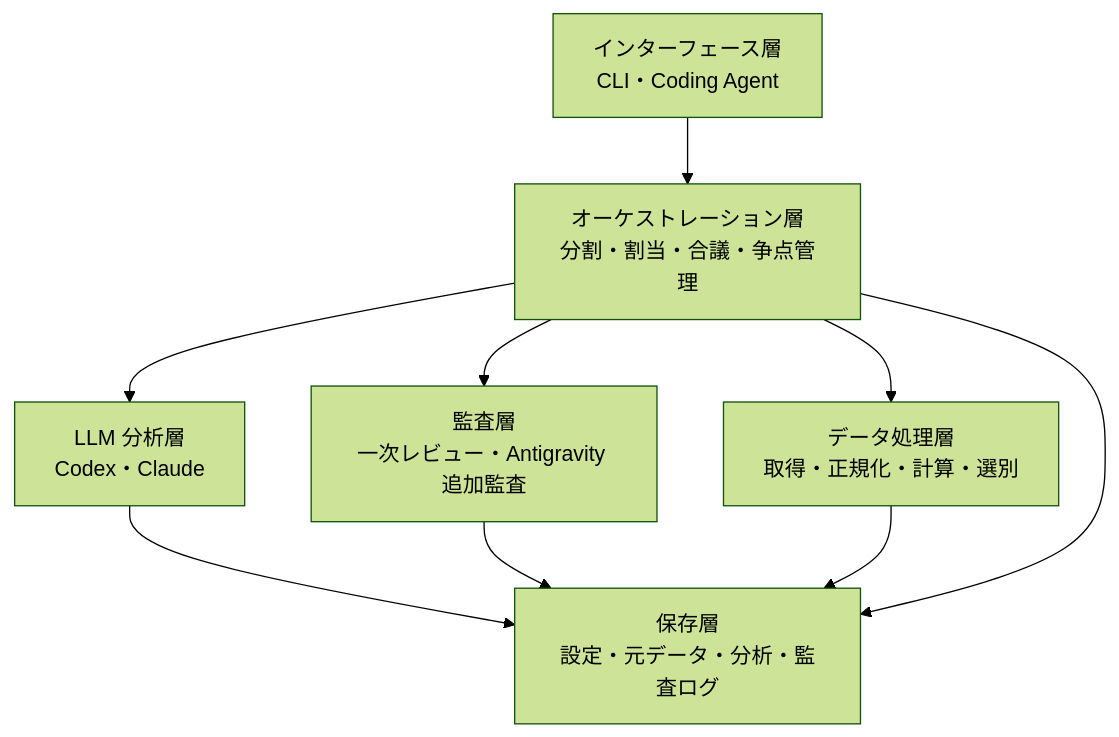
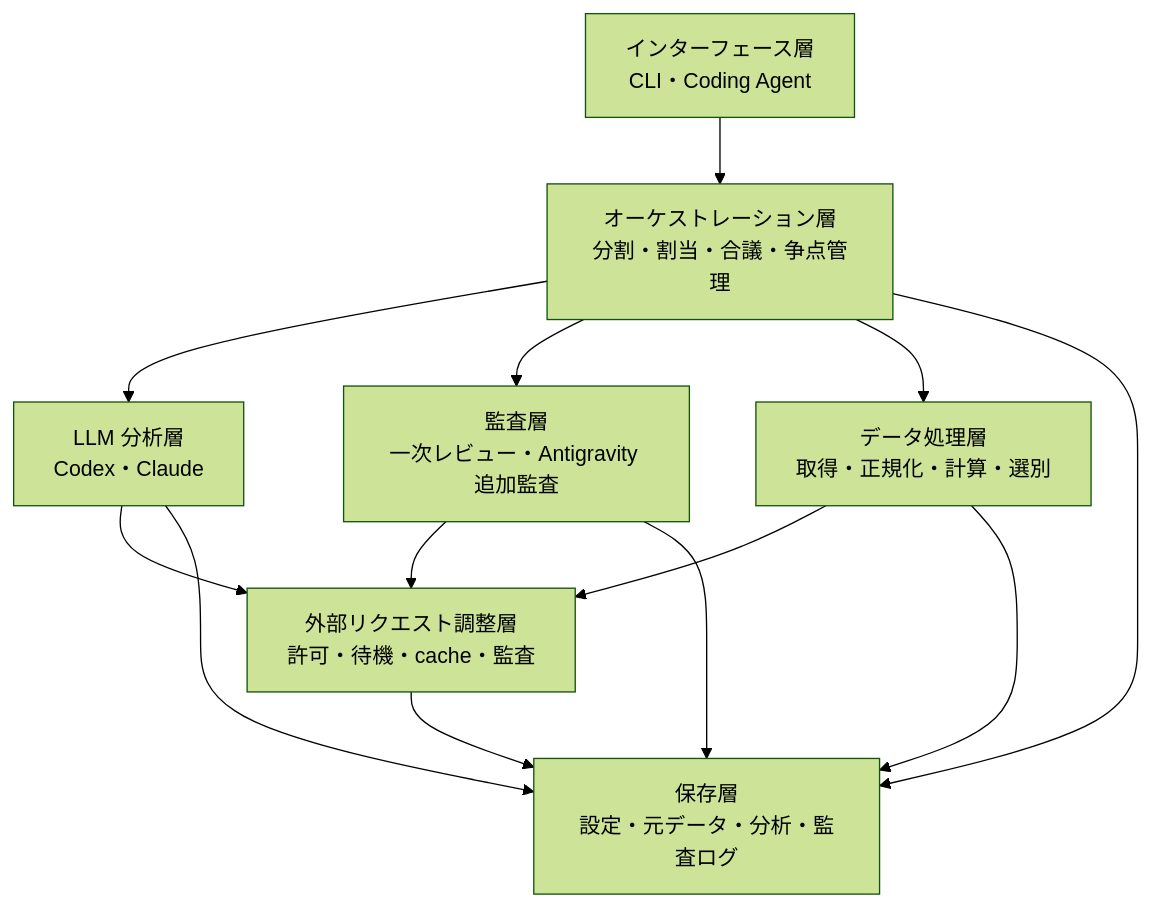
Before and after one commit to toike08D17012/system-trade-with-llm-orchestrator: the fourth of 7 diagrams in docs/design/03-stock-research-system-architecture.md, drawn with Mermaid (forest theme). The commit also changed other lines of this file and 14 other files, not shown here.

````diff
--- a/docs/design/03-stock-research-system-architecture.md
+++ b/docs/design/03-stock-research-system-architecture.md
@@ -367,18 +382,23 @@
 ```mermaid
 flowchart TB
     I["インターフェース層<br/>CLI・Coding Agent"]
     P["オーケストレーション層<br/>分割・割当・合議・争点管理"]
     L["LLM 分析層<br/>Codex・Claude"]
     A["監査層<br/>一次レビュー・Antigravity 追加監査"]
     X["データ処理層<br/>取得・正規化・計算・選別"]
+    C["外部リクエスト調整層<br/>許可・待機・cache・監査"]
     T["保存層<br/>設定・元データ・分析・監査ログ"]
 
     I --> P
     P --> L
     P --> A
     P --> X
+    L --> C
+    A --> C
+    X --> C
     L --> T
     A --> T
     X --> T
+    C --> T
     P --> T
 ```
````
